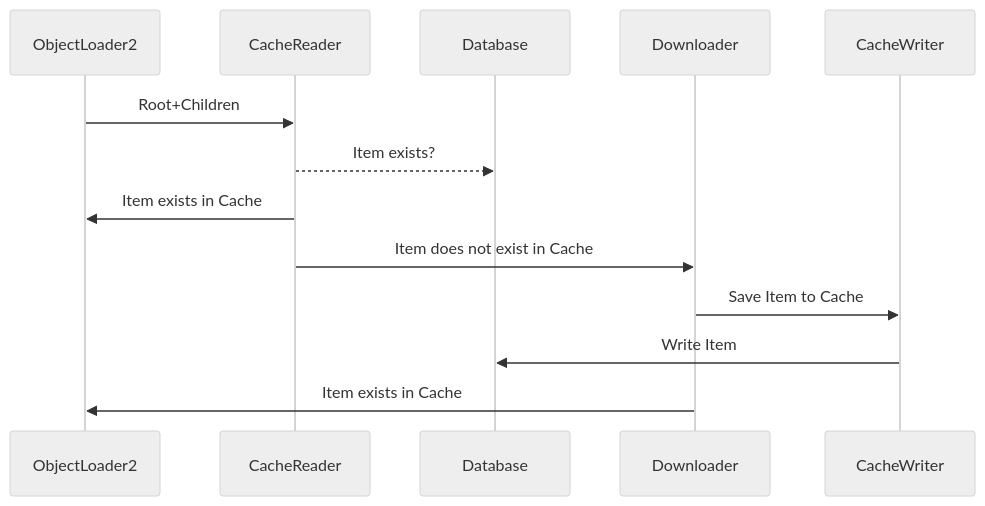
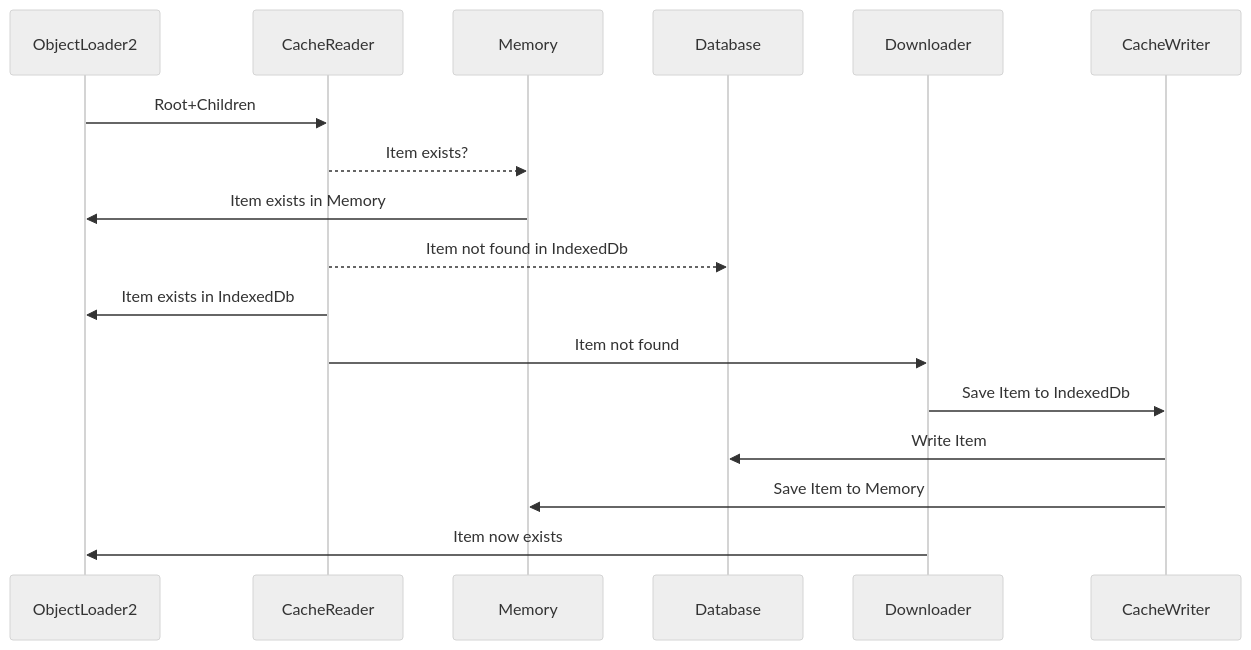
The first of 2 diagrams in packages/objectloader2/readme.md (specklesystems/speckle-server), drawn with Mermaid (neutral theme) before and after one commit. The commit also changed 3 other files, not shown here.

````diff
--- a/packages/objectloader2/readme.md
+++ b/packages/objectloader2/readme.md
@@ -16,10 +16,13 @@
 ```mermaid
 sequenceDiagram
     ObjectLoader2->>CacheReader: Root+Children
-    CacheReader-->>Database: Item exists?
-    CacheReader->>ObjectLoader2: Item exists in Cache
-    CacheReader->>Downloader: Item does not exist in Cache
-    Downloader->>CacheWriter: Save Item to Cache
+    CacheReader-->>Memory: Item exists?
+    Memory->>ObjectLoader2: Item exists in Memory
+    CacheReader-->>Database: Item not found in IndexedDb
+    CacheReader->>ObjectLoader2: Item exists in IndexedDb
+    CacheReader->>Downloader: Item not found
+    Downloader->>CacheWriter: Save Item to IndexedDb
     CacheWriter->>Database: Write Item
-    Downloader->>ObjectLoader2: Item exists in Cache
+    CacheWriter->>Memory: Save Item to Memory
+    Downloader->>ObjectLoader2: Item now exists
 ```
````
